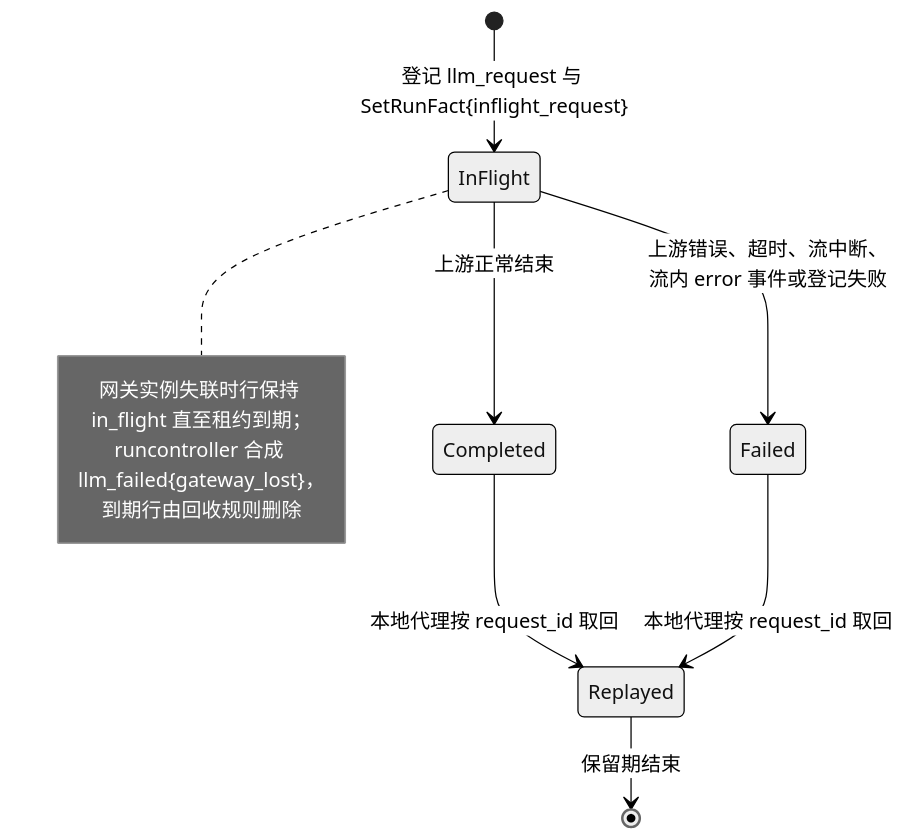
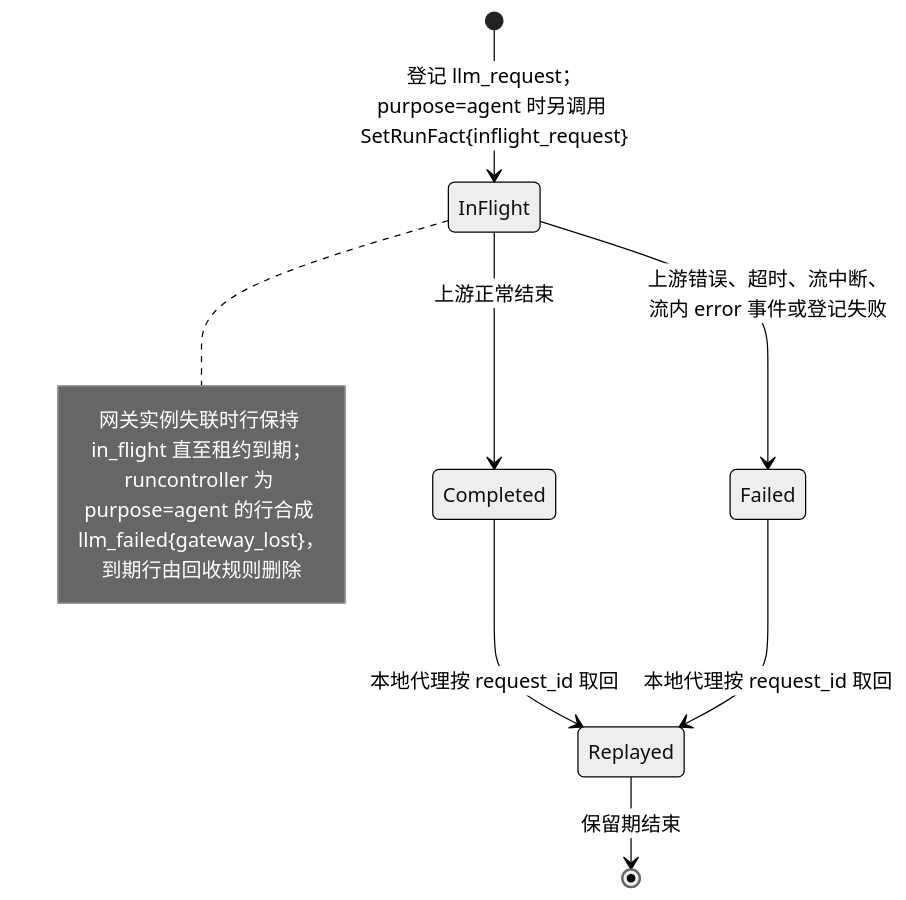
The second of 3 diagrams in docs/design/modules/design-llmgateway.md (wangzw/castworks), drawn with Mermaid (neutral theme) before and after one commit. The commit also changed other lines of this file and 13 other files, not shown here.

````diff
--- a/docs/design/modules/design-llmgateway.md
+++ b/docs/design/modules/design-llmgateway.md
@@ -173,14 +181,14 @@
 ```mermaid
 stateDiagram-v2
-    [*] --> InFlight: 登记 llm_request 与 SetRunFact{inflight_request}
+    [*] --> InFlight: 登记 llm_request；purpose=agent 时另调用 SetRunFact{inflight_request}
     InFlight --> Completed: 上游正常结束
     InFlight --> Failed: 上游错误、超时、流中断、流内 error 事件或登记失败
     Completed --> Replayed: 本地代理按 request_id 取回
     Failed --> Replayed: 本地代理按 request_id 取回
     Replayed --> [*]: 保留期结束
     note right of InFlight
         网关实例失联时行保持 in_flight 直至租约到期；
-        runcontroller 合成 llm_failed{gateway_lost}，
+        runcontroller 为 purpose=agent 的行合成 llm_failed{gateway_lost}，
         到期行由回收规则删除
     end note
 ```
````
